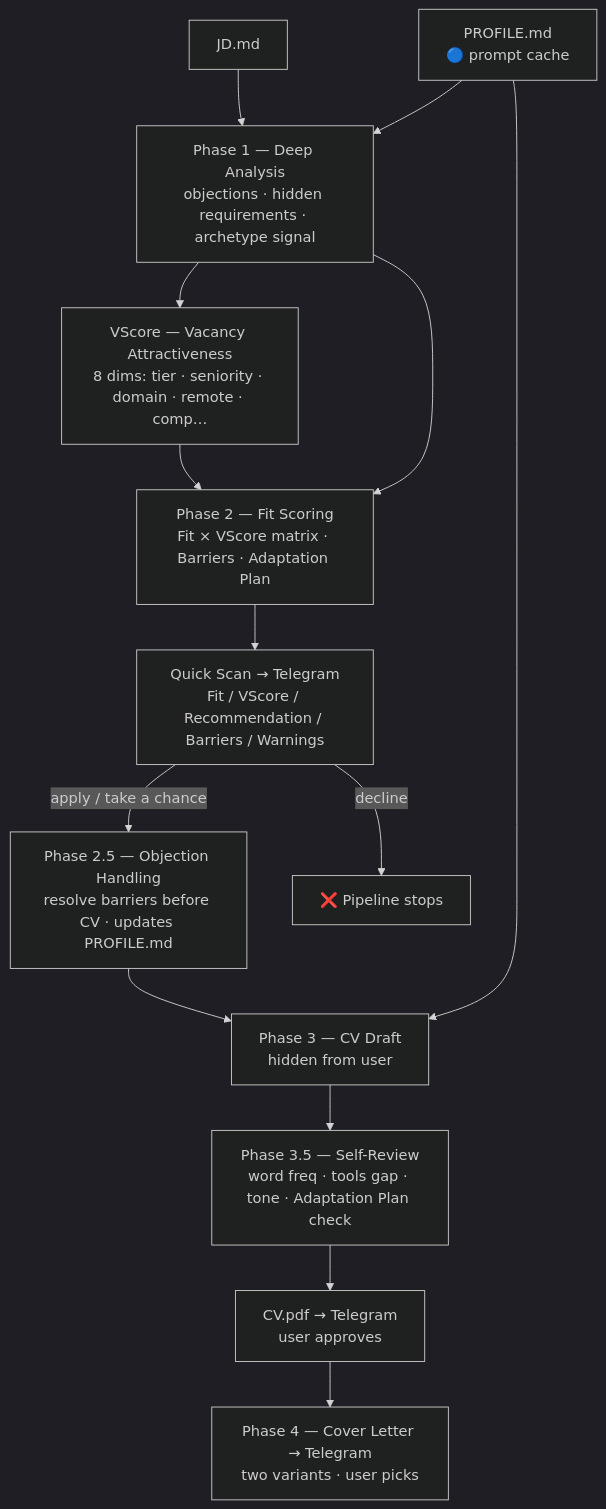
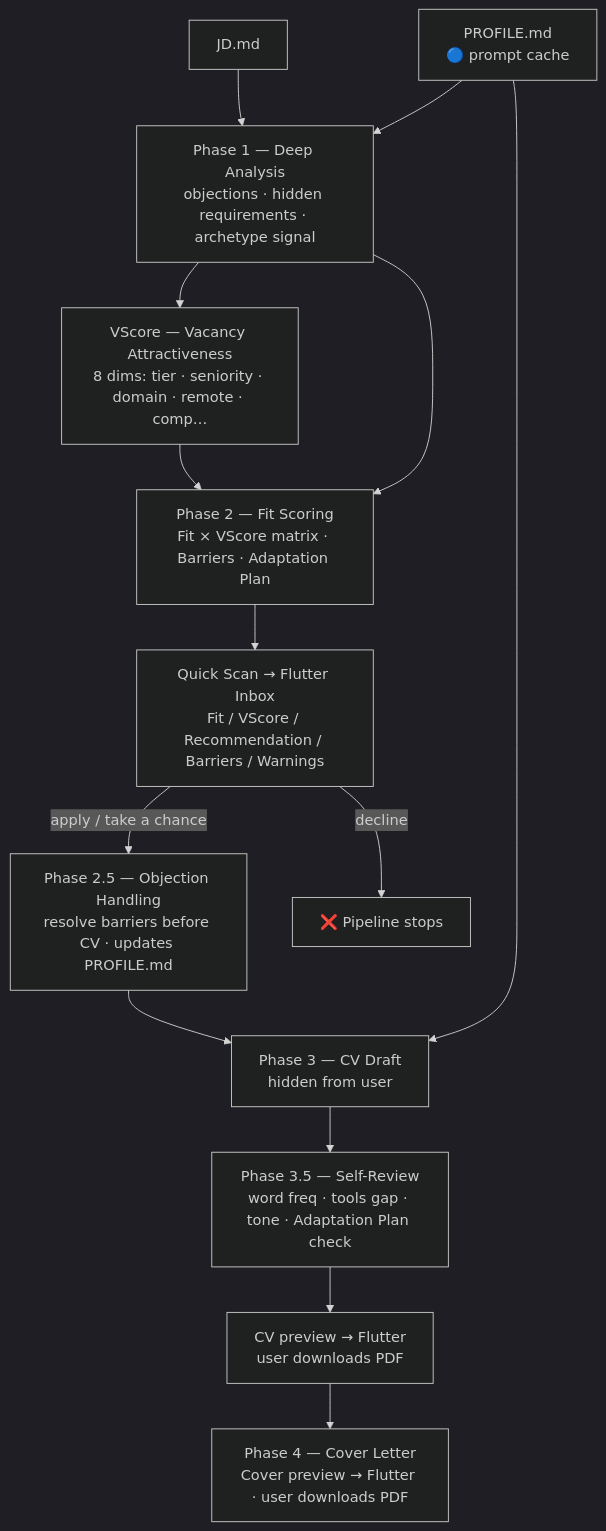
Before and after one commit to ioncat/ai-career-agent: the diagram in docs/diagrams/ai-pipeline.md, drawn with Mermaid (dark theme). The commit also changed other lines of this file and 2 other files, not shown here.

Commit message:
docs(diagrams): update all three diagrams for Flutter-first architecture
architecture.md: Flutter Desktop as primary UI; Workers
(Analysis/CV/Cover); LLM_PROVIDER switch; Telegram push-only
user-journey.md: full rewrite — Telegram flow removed; RSS →
AnalysisWorker → Flutter inbox → CV/Cover in Flutter
ai-pipeline.md: Quick Scan / CV / Cover → Flutter (not Telegram);
add English output language note

````diff
--- a/docs/diagrams/ai-pipeline.md
+++ b/docs/diagrams/ai-pipeline.md
@@ -7,18 +7,18 @@
 ```mermaid
 flowchart TD
     JD["JD.md"] --> P1["Phase 1 — Deep Analysis\nobjections · hidden requirements · archetype signal"]
     PROF["PROFILE.md\n🔵 prompt cache"] --> P1
     PROF --> P3
 
     P1 --> VS["VScore — Vacancy Attractiveness\n8 dims: tier · seniority · domain · remote · comp…"]
     P1 --> P2["Phase 2 — Fit Scoring\nFit × VScore matrix · Barriers · Adaptation Plan"]
     VS --> P2
-    P2 --> QS["Quick Scan → Telegram\nFit / VScore / Recommendation / Barriers / Warnings"]
+    P2 --> QS["Quick Scan → Flutter Inbox\nFit / VScore / Recommendation / Barriers / Warnings"]
 
     QS -->|"apply / take a chance"| P25["Phase 2.5 — Objection Handling\nresolve barriers before CV · updates PROFILE.md"]
     QS -->|"decline"| Z["❌ Pipeline stops"]
     P25 --> P3["Phase 3 — CV Draft\nhidden from user"]
     P3 --> P35["Phase 3.5 — Self-Review\nword freq · tools gap · tone · Adaptation Plan check"]
-    P35 --> PDF["CV.pdf → Telegram\nuser approves"]
-    PDF --> P4["Phase 4 — Cover Letter → Telegram\ntwo variants · user picks"]
+    P35 --> CVFL["CV preview → Flutter\nuser downloads PDF"]
+    CVFL --> P4["Phase 4 — Cover Letter\nCover preview → Flutter · user downloads PDF"]
 ```
````
